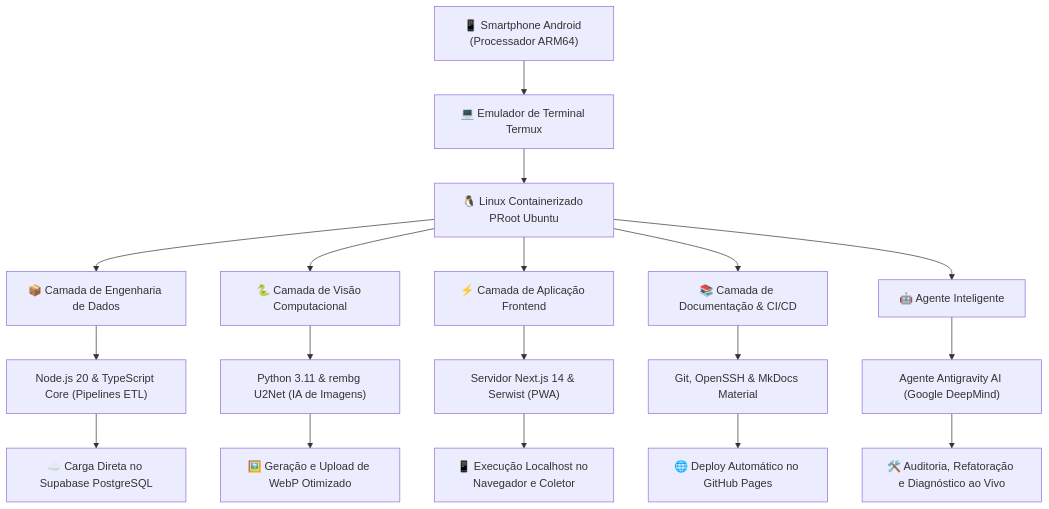
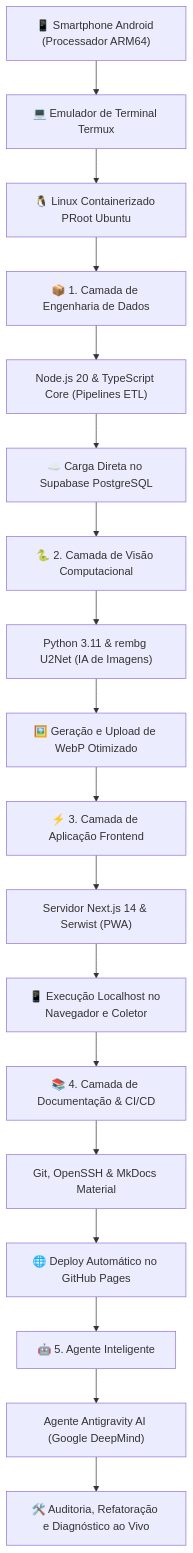
Before and after one commit to NaejBarbosa/paletscan-etl: the diagram in docs/desenvolvimento-termux.md, drawn with Mermaid. The commit also changed other lines of this file and 4 other files, not shown here.

Commit message:
fix(docs): encadear diagramas em esteiras estritamente verticais para visualizacao mobile perfeita

````diff
--- a/docs/desenvolvimento-termux.md
+++ b/docs/desenvolvimento-termux.md
@@ -11,26 +11,26 @@
 ```mermaid
 flowchart TD
     HW["📱 Smartphone Android (Processador ARM64)"]
     HW --> TM["💻 Emulador de Terminal Termux"]
     TM --> UB["🐧 Linux Containerizado PRoot Ubuntu"]
 
-    UB --> L1["📦 Camada de Engenharia de Dados"]
+    UB --> L1["📦 1. Camada de Engenharia de Dados"]
     L1 --> D1["Node.js 20 & TypeScript Core (Pipelines ETL)"]
     D1 --> K1["☁️ Carga Direta no Supabase PostgreSQL"]
 
-    UB --> L2["🐍 Camada de Visão Computacional"]
+    K1 --> L2["🐍 2. Camada de Visão Computacional"]
     L2 --> D2["Python 3.11 & rembg U2Net (IA de Imagens)"]
     D2 --> K2["🖼️ Geração e Upload de WebP Otimizado"]
 
-    UB --> L3["⚡ Camada de Aplicação Frontend"]
+    K2 --> L3["⚡ 3. Camada de Aplicação Frontend"]
     L3 --> D3["Servidor Next.js 14 & Serwist (PWA)"]
     D3 --> K3["📱 Execução Localhost no Navegador e Coletor"]
 
-    UB --> L4["📚 Camada de Documentação & CI/CD"]
+    K3 --> L4["📚 4. Camada de Documentação & CI/CD"]
     L4 --> D4["Git, OpenSSH & MkDocs Material"]
     D4 --> K4["🌐 Deploy Automático no GitHub Pages"]
 
-    UB --> L5["🤖 Agente Inteligente"]
+    K4 --> L5["🤖 5. Agente Inteligente"]
     L5 --> D5["Agente Antigravity AI (Google DeepMind)"]
     D5 --> K5["🛠️ Auditoria, Refatoração e Diagnóstico ao Vivo"]
 ```
````
